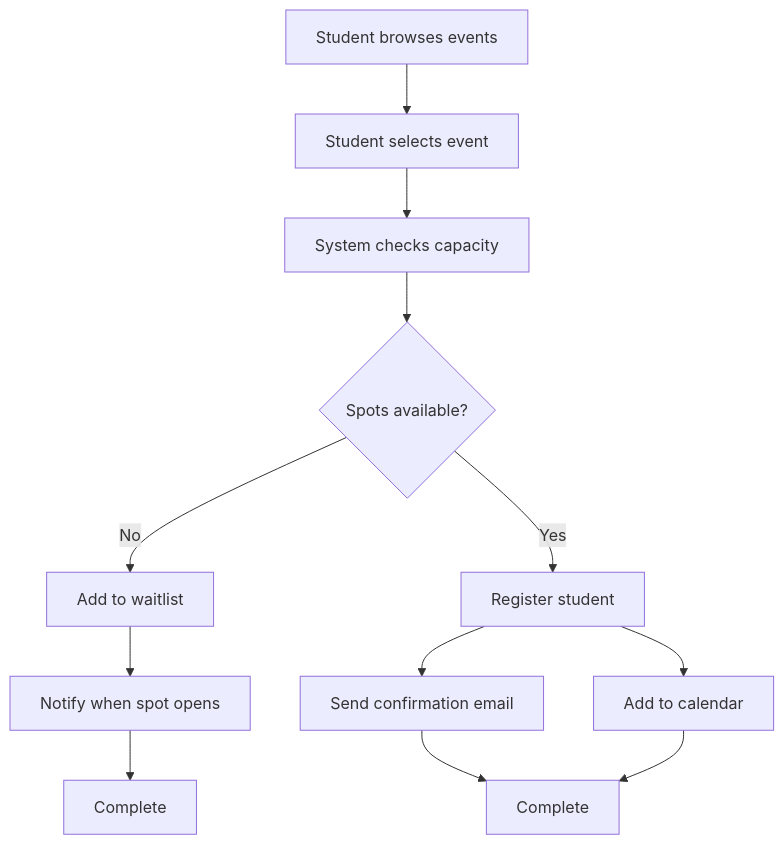
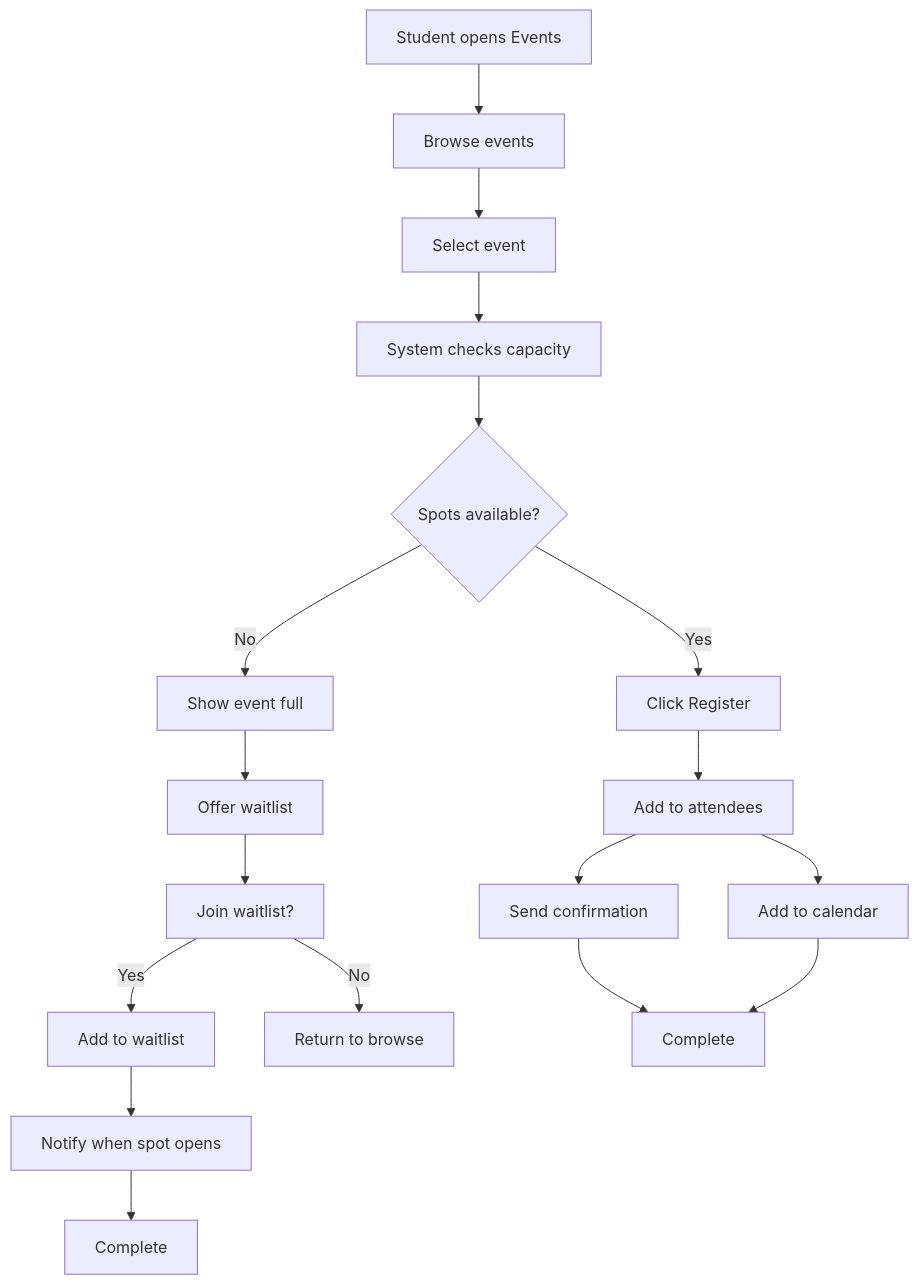
Before and after one commit to Amanda2026-crypto/smart-campus-connect: the fourth of 8 diagrams in activity-diagrams.md, drawn with Mermaid. The commit also changed other lines of this file, not shown here.

````diff
--- a/activity-diagrams.md
+++ b/activity-diagrams.md
@@ -111,14 +165,20 @@
 ```mermaid
 flowchart TD
-    A[Student browses events] --> B[Student selects event]
-    B --> C[System checks capacity]
-    C --> D{Spots available?}
-    D -->|No| E[Add to waitlist]
-    E --> F[Notify when spot opens]
-    F --> G[Complete]
-    D -->|Yes| H[Register student]
-    H --> I[Send confirmation email]
-    H --> J[Add to calendar]
-    I --> K[Complete]
-    J --> K
+    A[Student opens Events] --> B[Browse events]
+    B --> C[Select event]
+    C --> D[System checks capacity]
+    D --> E{Spots available?}
+    E -->|No| F[Show event full]
+    F --> G[Offer waitlist]
+    G --> H[Join waitlist?]
+    H -->|Yes| I[Add to waitlist]
+    I --> J[Notify when spot opens]
+    J --> K[Complete]
+    H -->|No| L[Return to browse]
+    E -->|Yes| M[Click Register]
+    M --> N[Add to attendees]
+    N --> O[Send confirmation]
+    N --> P[Add to calendar]
+    O --> Q[Complete]
+    P --> Q
 ```
````
